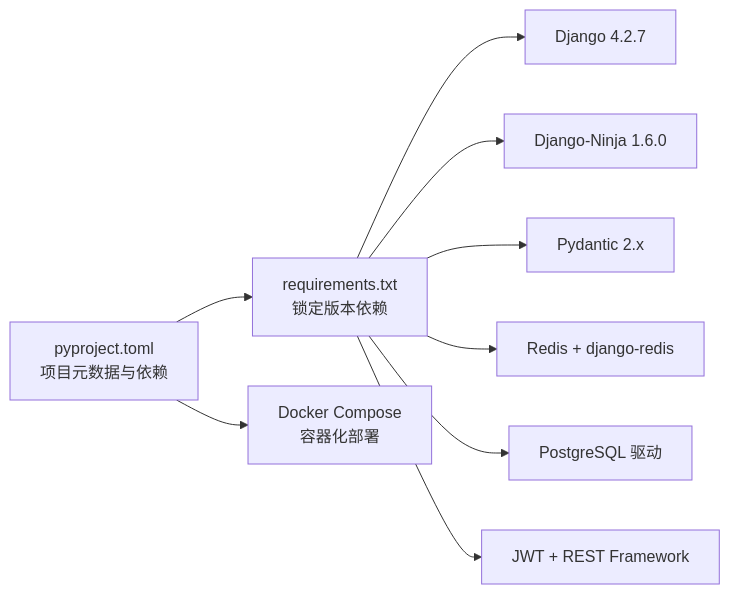
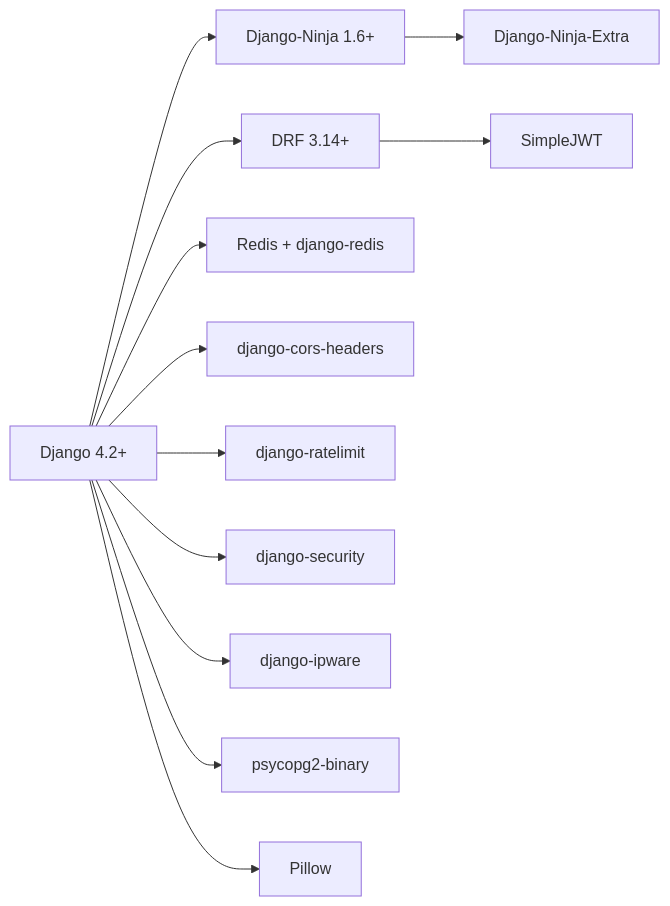
One commit to taoweidong/Hello-Django-Ninja-Api changed the seventh of 7 diagrams in .qoder/repowiki/zh/content/项目概述.md. Above: the diagram before and after it, drawn with Mermaid. The commit also changed other lines of this file and 106 other files, not shown here.

````diff
--- a/.qoder/repowiki/zh/content/项目概述.md
+++ b/.qoder/repowiki/zh/content/项目概述.md
@@ -274,11 +288,14 @@
 ```mermaid
 graph LR
-A["pyproject.toml<br/>项目元数据与依赖"] --> B["requirements.txt<br/>锁定版本依赖"]
-B --> C["Django 4.2.7"]
-B --> D["Django-Ninja 1.6.0"]
-B --> E["Pydantic 2.x"]
-B --> F["Redis + django-redis"]
-B --> G["PostgreSQL 驱动"]
-B --> H["JWT + REST Framework"]
-A --> I["Docker Compose<br/>容器化部署"]
+DJ["Django 4.2+"] --> DN["Django-Ninja 1.6+"]
+DJ --> DRF["DRF 3.14+"]
+DN --> EXT["Django-Ninja-Extra"]
+DRF --> JWT["SimpleJWT"]
+DJ --> REDIS["Redis + django-redis"]
+DJ --> CORS["django-cors-headers"]
+DJ --> RL["django-ratelimit"]
+DJ --> DEF["django-security"]
+DJ --> IPW["django-ipware"]
+DJ --> PG["psycopg2-binary"]
+DJ --> PIL["Pillow"]
 ```
````
